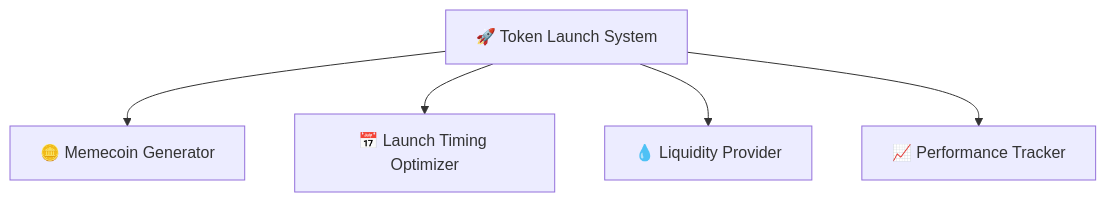
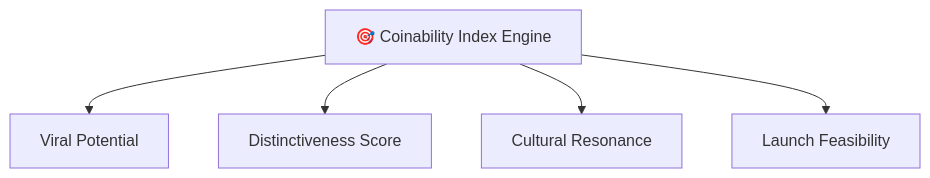
One commit to Latticeworks1/meme-syndicate changed the sixth of 6 diagrams in README.md. Above: the diagram before and after it, drawn with Mermaid. The commit also changed other lines of this file, not shown here.

````diff
--- a/README.md
+++ b/README.md
@@ -260,8 +190,8 @@
 ```mermaid
 graph TD
-    TOKEN[🚀 Token Launch System]
-    TOKEN --> GEN[🪙 Memecoin Generator]
-    TOKEN --> TIMING[📅 Launch Timing Optimizer]
-    TOKEN --> LIQ[💧 Liquidity Provider]
-    TOKEN --> TRACKER[📈 Performance Tracker]
+    CI[🎯 Coinability Index Engine]
+    CI --> VIRAL[Viral Potential]
+    CI --> DISTINCT[Distinctiveness Score]
+    CI --> RESONANCE[Cultural Resonance]
+    CI --> IMPLEMENT[Launch Feasibility]
 ```
````
